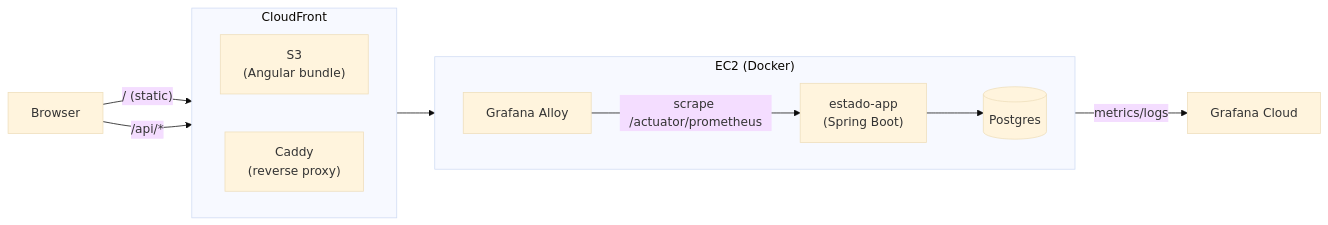
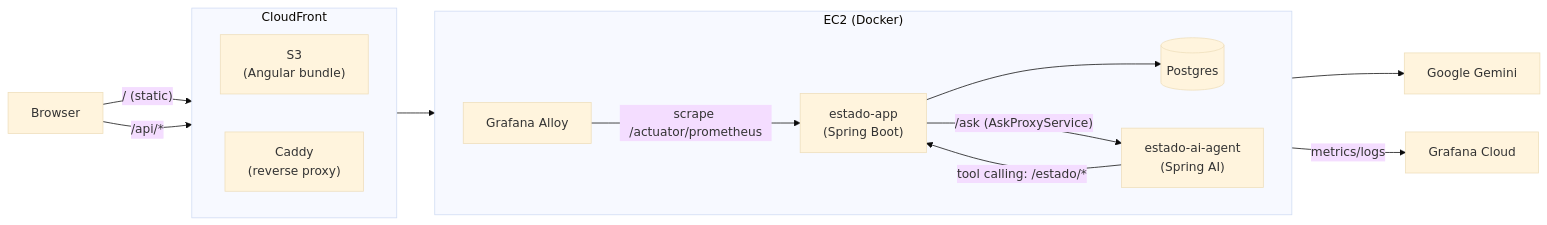
One commit to ronybrand/angular_estado changed the diagram in README.md. Above: the diagram before and after it, drawn with Mermaid (base theme). The commit also changed other lines of this file and 1 other file, not shown here.

First line of the commit message:
docs: menciona a pagina Pergunte a IA (estado-ai-agent) no README (#111)

````diff
--- a/README.md
+++ b/README.md
@@ -17,26 +17,31 @@
 ```mermaid
 flowchart LR
     Browser["Browser"]
 
     subgraph CloudFront["CloudFront"]
         direction LR
         S3["S3\n(Angular bundle)"]
         Caddy["Caddy\n(reverse proxy)"]
     end
 
     subgraph EC2["EC2 (Docker)"]
         direction LR
         App["estado-app\n(Spring Boot)"]
         DB[("Postgres")]
         Alloy["Grafana Alloy"]
+        Agent["estado-ai-agent\n(Spring AI)"]
     end
 
     Grafana["Grafana Cloud"]
+    Gemini["Google Gemini"]
 
     Browser -- "/ (static)" --> S3
     Browser -- "/api/*" --> Caddy
     Caddy --> App
     App --> DB
+    App -- "/ask (AskProxyService)" --> Agent
+    Agent -- "tool calling: /estado/*" --> App
+    Agent --> Gemini
     Alloy -- "scrape /actuator/prometheus" --> App
     Alloy -- metrics/logs --> Grafana
 ```
````
